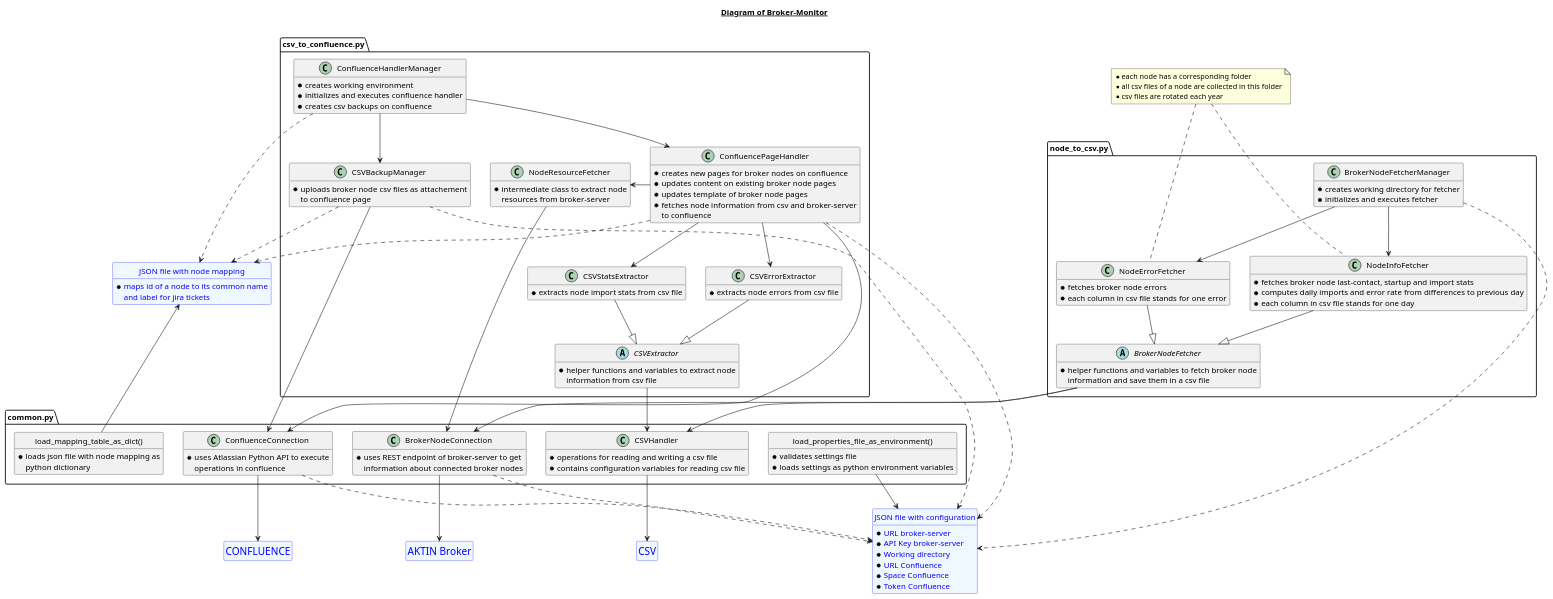
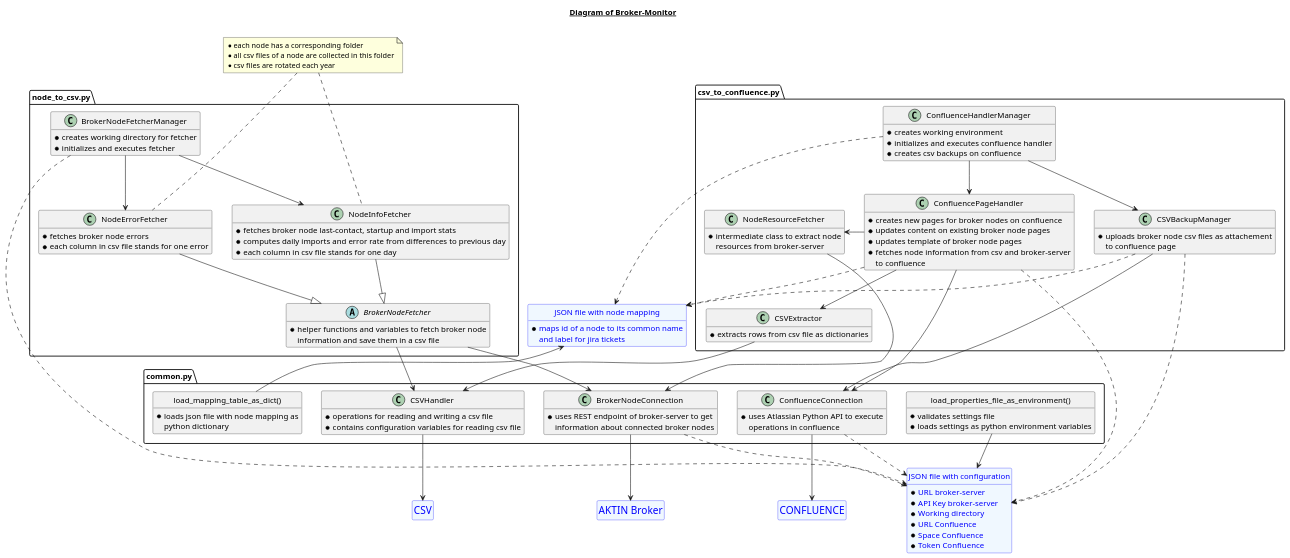
One commit to alexkombie/AKTIN_broker_monitor changed the diagram in docs/architecture/broker-monitor.puml. Above: the diagram before and after it, drawn with PlantUML. The commit also changed 1 other file, not shown here.

Commit message:
finished CSVExtractor separation into errors and stats no longer needed updated architecture

```diff
--- a/docs/architecture/broker-monitor.puml
+++ b/docs/architecture/broker-monitor.puml
@@ -1,167 +1,155 @@
 @startuml
 hide methods
 
 title __Diagram of Broker-Monitor__\n
 
 entity "<size:18>AKTIN Broker</size>" as broker
 entity broker #aliceblue;line:blue;text:blue
 hide broker members
 hide broker circle
 
 entity "<size:18>CSV</size>" as csv
 entity csv #aliceblue;line:blue;text:blue
 hide csv members
 hide csv circle
 
 entity "<size:18>CONFLUENCE</size>" as confluence
 entity confluence #aliceblue;line:blue;text:blue
 hide confluence members
 hide confluence circle
 
 entity "JSON file with configuration" as settings {
 * URL broker-server
 * API Key broker-server
 * Working directory
 * URL Confluence
 * Space Confluence
 * Token Confluence
 }
 entity settings #aliceblue;line:blue;text:blue
 hide settings circle
 
 entity "JSON file with node mapping" as mapping {
 * maps id of a node to its common name
 and label for jira tickets
 }
 entity mapping #aliceblue;line:blue;text:blue
 hide mapping circle
 
 package "node_to_csv.py" as node_to_csv <<Package>> {
 class BrokerNodeFetcherManager {
 * creates working directory for fetcher
 * initializes and executes fetcher
 }
 
 abstract class BrokerNodeFetcher {
 * helper functions and variables to fetch broker node
 information and save them in a csv file
 }
 
 class NodeErrorFetcher {
 * fetches broker node errors
 * each column in csv file stands for one error
 }
 
 class NodeInfoFetcher {
 * fetches broker node last-contact, startup and import stats
 * computes daily imports and error rate from differences to previous day
 * each column in csv file stands for one day
 }
 }
 
 package "common.py" as common <<Package>> {
 class "load_properties_file_as_environment()" as read_properties {
 * validates settings file
 * loads settings as python environment variables
 }
 hide read_properties circle
 
 class "load_mapping_table_as_dict()" as load_mapping {
 * loads json file with node mapping as
 python dictionary
 }
 hide load_mapping circle
 
 class BrokerNodeConnection {
 * uses REST endpoint of broker-server to get
 information about connected broker nodes
 }
 
 class ConfluenceConnection {
 * uses Atlassian Python API to execute
 operations in confluence
 }
 
 class CSVHandler {
 * operations for reading and writing a csv file
 * contains configuration variables for reading csv file
 }
 }
 
 package "csv_to_confluence.py" as csv_to_confluence {
-abstract class CSVExtractor {
-* helper functions and variables to extract node
-information from csv file
-}
-
-class CSVStatsExtractor {
-* extracts node import stats from csv file
-}
-
-class CSVErrorExtractor {
-* extracts node errors from csv file
+class CSVExtractor {
+* extracts rows from csv file as dictionaries
 }
 
 class CSVBackupManager {
 * uploads broker node csv files as attachement
 to confluence page
 }
 
 class NodeResourceFetcher {
 * intermediate class to extract node
 resources from broker-server
 }
 
 class ConfluencePageHandler {
 * creates new pages for broker nodes on confluence
 * updates content on existing broker node pages
 * updates template of broker node pages
 * fetches node information from csv and broker-server
 to confluence
 }
 
 class ConfluenceHandlerManager {
 * creates working environment
 * initializes and executes confluence handler
 * creates csv backups on confluence
 }
 }
 
 note "* each node has a corresponding folder\n* all csv files of a node are collected in this folder\n* csv files are rotated each year" as N1
 NodeErrorFetcher .u.. N1
 NodeInfoFetcher .u.. N1
 
 BrokerNodeFetcherManager ..> settings
 BrokerNodeFetcherManager --> NodeInfoFetcher
 BrokerNodeFetcherManager --> NodeErrorFetcher
 NodeInfoFetcher --|> BrokerNodeFetcher
 NodeErrorFetcher --|> BrokerNodeFetcher
 BrokerNodeFetcher --> CSVHandler
 BrokerNodeFetcher --> BrokerNodeConnection
 
 load_mapping -u-> mapping
 ConfluenceHandlerManager --> CSVBackupManager
 ConfluenceHandlerManager --> ConfluencePageHandler
 ConfluenceHandlerManager ..> mapping
 CSVBackupManager ..> mapping
 CSVBackupManager --> ConfluenceConnection
 CSVBackupManager ..> settings
 ConfluencePageHandler ..> mapping
 ConfluencePageHandler ---> ConfluenceConnection
 ConfluencePageHandler ..> settings
 ConfluencePageHandler -> NodeResourceFetcher
 NodeResourceFetcher --> BrokerNodeConnection
-ConfluencePageHandler --> CSVErrorExtractor
-ConfluencePageHandler --> CSVStatsExtractor
-CSVStatsExtractor --|> CSVExtractor
-CSVErrorExtractor --|> CSVExtractor
+ConfluencePageHandler --> CSVExtractor
 CSVExtractor --> CSVHandler
 
 read_properties --> settings
 CSVHandler --> csv
 BrokerNodeConnection --> broker
 BrokerNodeConnection ..> settings
 ConfluenceConnection --> confluence
 ConfluenceConnection ..> settings
 
 @enduml
```
